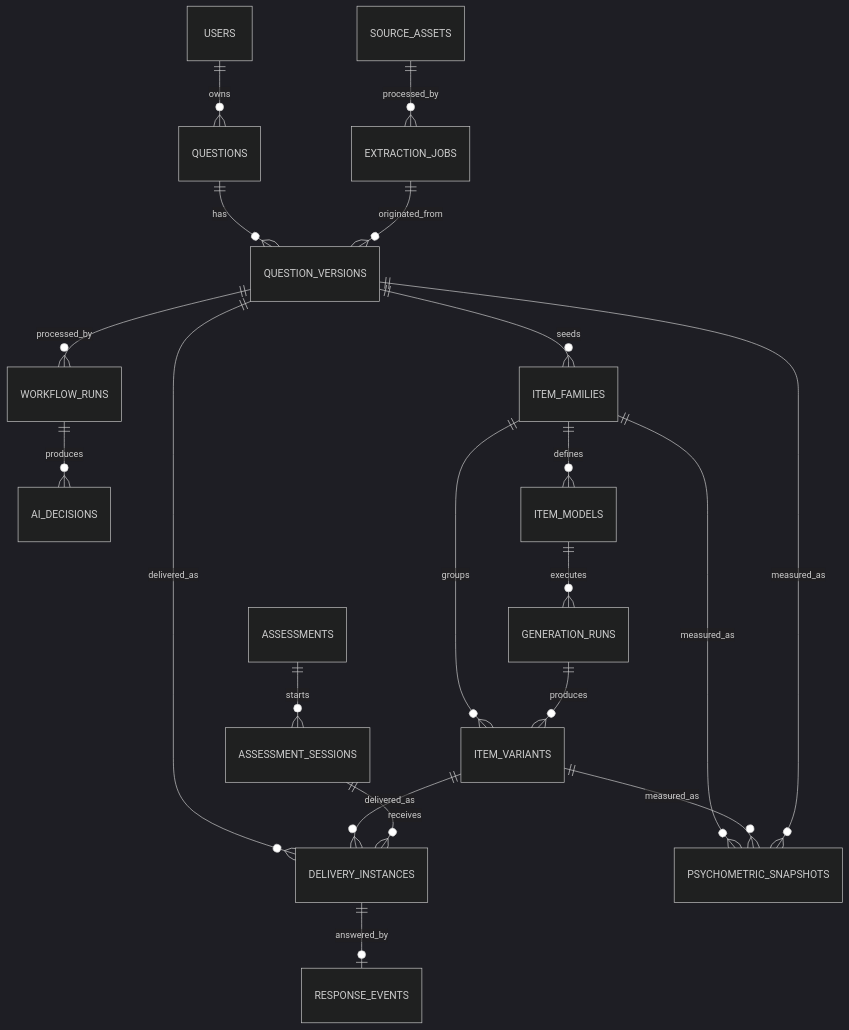
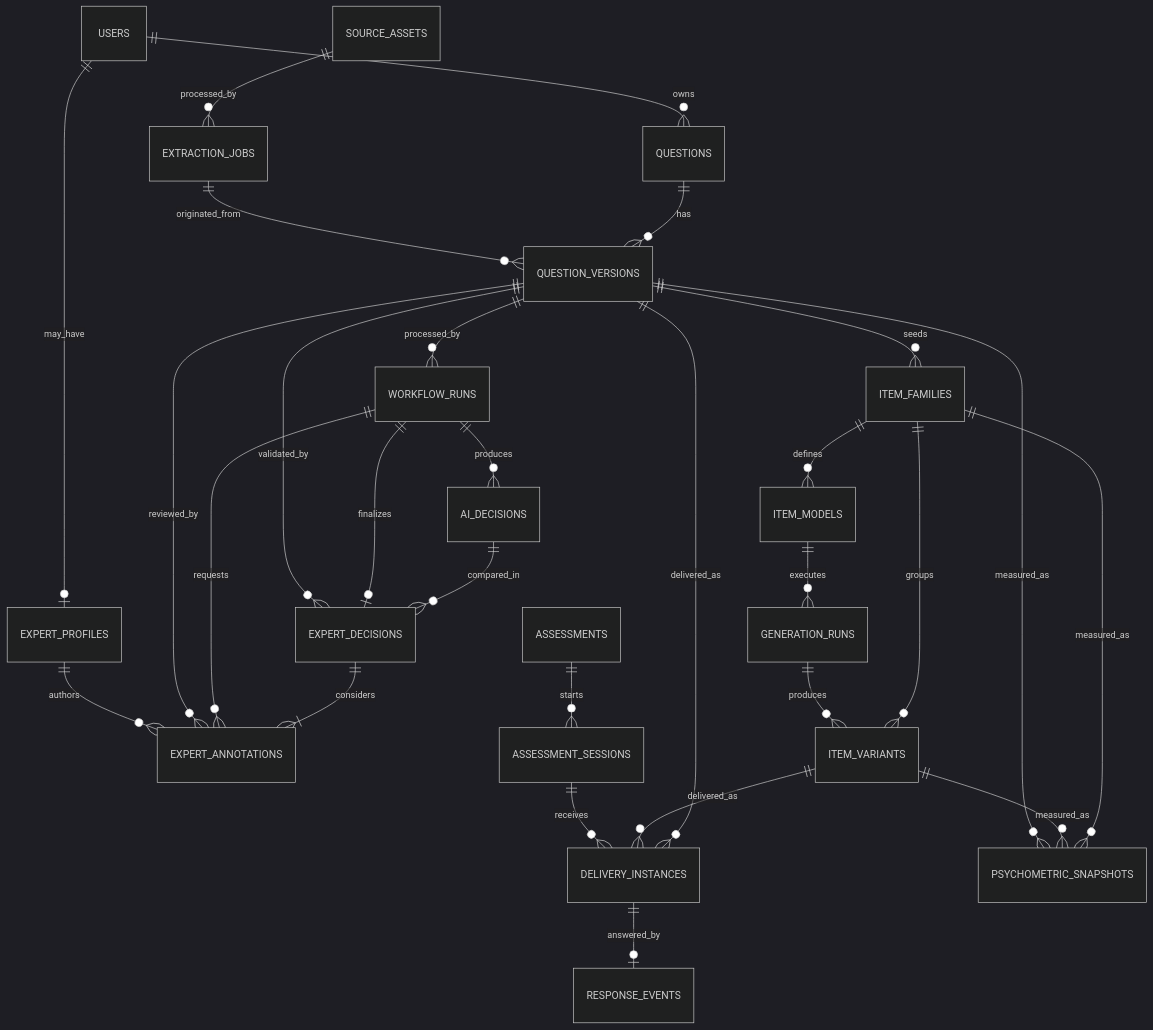
The first of 2 diagrams in API_DOCUMENTATION/17_MONGODB_DATA_MODEL_ERD.md (Project-Big-Data-26/assessment_service), drawn with Mermaid (dark theme) before and after one commit. The commit also changed other lines of this file and 104 other files, not shown here.

````diff
--- a/API_DOCUMENTATION/17_MONGODB_DATA_MODEL_ERD.md
+++ b/API_DOCUMENTATION/17_MONGODB_DATA_MODEL_ERD.md
@@ -27,26 +29,34 @@
 ```mermaid
 erDiagram
     USERS ||--o{ QUESTIONS : owns
     SOURCE_ASSETS ||--o{ EXTRACTION_JOBS : processed_by
     EXTRACTION_JOBS ||--o{ QUESTION_VERSIONS : originated_from
 
     QUESTIONS ||--o{ QUESTION_VERSIONS : has
     QUESTION_VERSIONS ||--o{ WORKFLOW_RUNS : processed_by
     WORKFLOW_RUNS ||--o{ AI_DECISIONS : produces
+    USERS ||--o| EXPERT_PROFILES : may_have
+    EXPERT_PROFILES ||--o{ EXPERT_ANNOTATIONS : authors
+    QUESTION_VERSIONS ||--o{ EXPERT_ANNOTATIONS : reviewed_by
+    WORKFLOW_RUNS ||--o{ EXPERT_ANNOTATIONS : requests
+    QUESTION_VERSIONS ||--o{ EXPERT_DECISIONS : validated_by
+    WORKFLOW_RUNS ||--o| EXPERT_DECISIONS : finalizes
+    EXPERT_DECISIONS ||--|{ EXPERT_ANNOTATIONS : considers
+    AI_DECISIONS ||--o{ EXPERT_DECISIONS : compared_in
 
     QUESTION_VERSIONS ||--o{ ITEM_FAMILIES : seeds
     ITEM_FAMILIES ||--o{ ITEM_MODELS : defines
     ITEM_MODELS ||--o{ GENERATION_RUNS : executes
     GENERATION_RUNS ||--o{ ITEM_VARIANTS : produces
     ITEM_FAMILIES ||--o{ ITEM_VARIANTS : groups
 
     ASSESSMENTS ||--o{ ASSESSMENT_SESSIONS : starts
     ASSESSMENT_SESSIONS ||--o{ DELIVERY_INSTANCES : receives
     ITEM_VARIANTS ||--o{ DELIVERY_INSTANCES : delivered_as
     QUESTION_VERSIONS ||--o{ DELIVERY_INSTANCES : delivered_as
     DELIVERY_INSTANCES ||--o| RESPONSE_EVENTS : answered_by
 
     QUESTION_VERSIONS ||--o{ PSYCHOMETRIC_SNAPSHOTS : measured_as
     ITEM_VARIANTS ||--o{ PSYCHOMETRIC_SNAPSHOTS : measured_as
     ITEM_FAMILIES ||--o{ PSYCHOMETRIC_SNAPSHOTS : measured_as
 ```
````
